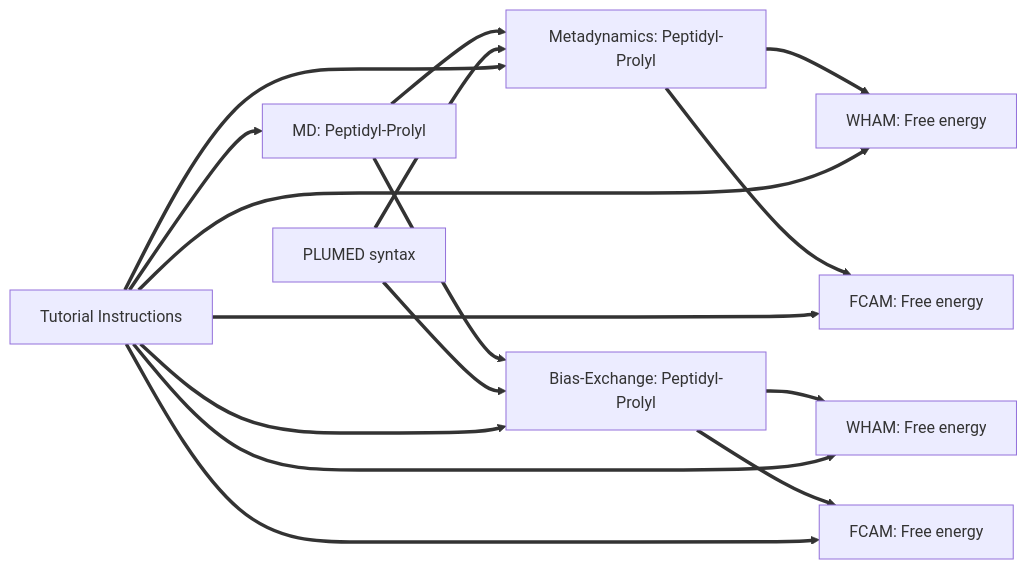
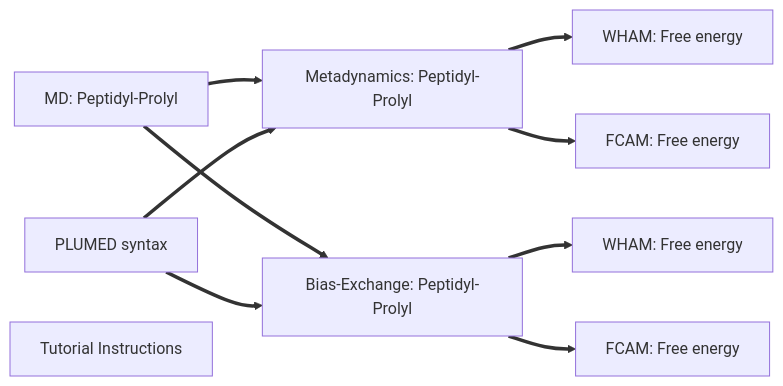
One commit to fabsugar/plumed-tutorial-be-aapak changed the diagram in NAVIGATION.md. Above: the diagram before and after it, drawn with Mermaid.

````diff
--- a/NAVIGATION.md
+++ b/NAVIGATION.md
@@ -1,19 +1,13 @@
 ```mermaid
 flowchart LR
 A[MD: Peptidyl-Prolyl] ==> B[Metadynamics: Peptidyl-Prolyl]
 A[MD: Peptidyl-Prolyl] ==> C[Bias-Exchange: Peptidyl-Prolyl]
 D[PLUMED syntax] ==> B[Metadynamics: Peptidyl-Prolyl]
 D[PLUMED syntax] ==> C[Bias-Exchange: Peptidyl-Prolyl]
 B[Metadynamics: Peptidyl-Prolyl]==>E[WHAM: Free energy]
 C[Bias-Exchange: Peptidyl-Prolyl]==>F[WHAM: Free energy]
 B[Metadynamics: Peptidyl-Prolyl]==>H[FCAM: Free energy]
 C[Bias-Exchange: Peptidyl-Prolyl]==>I[FCAM: Free energy]
-G[Tutorial Instructions]==>A[MD: Peptidyl-Prolyl]
-G[Tutorial Instructions]==>B[Metadynamics: Peptidyl-Prolyl]
-G[Tutorial Instructions]==>C[Bias-Exchange: Peptidyl-Prolyl]
-G[Tutorial Instructions]==>E[WHAM: Free energy]
-G[Tutorial Instructions]==>F[WHAM: Free energy]
-G[Tutorial Instructions]==>H[FCAM: Free energy]
-G[Tutorial Instructions]==>I[FCAM: Free energy]
+G[Tutorial Instructions]
 click D "tute" "A tutorial on the basic plumed syntax"
 ```
````
